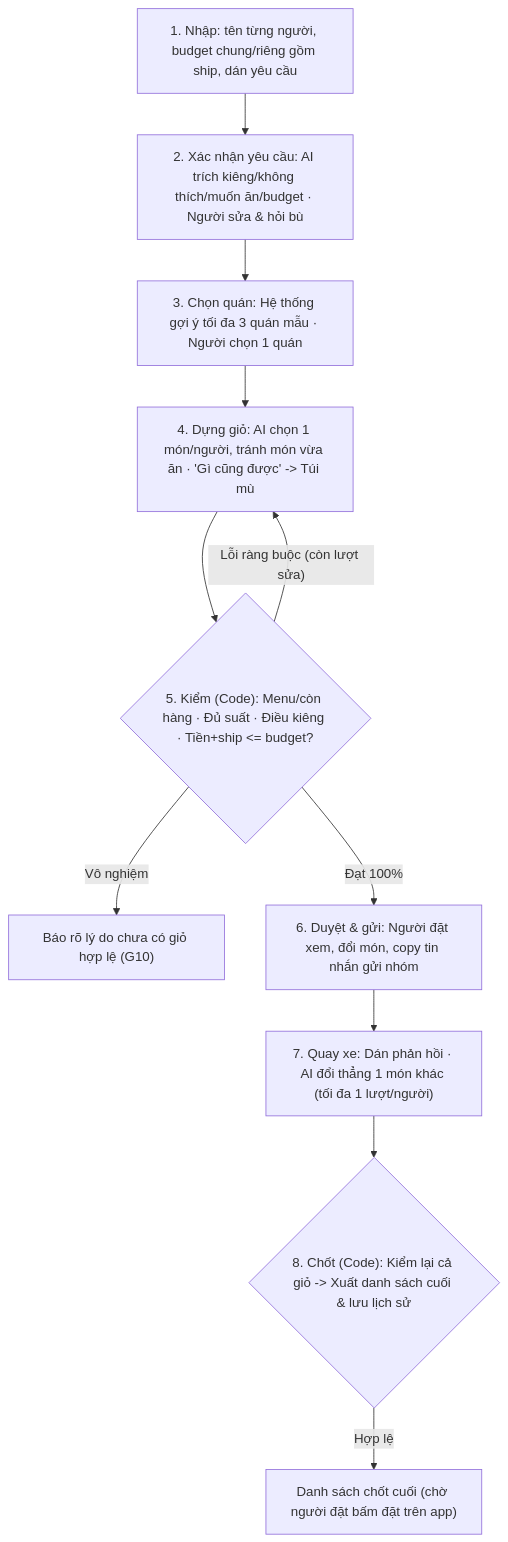
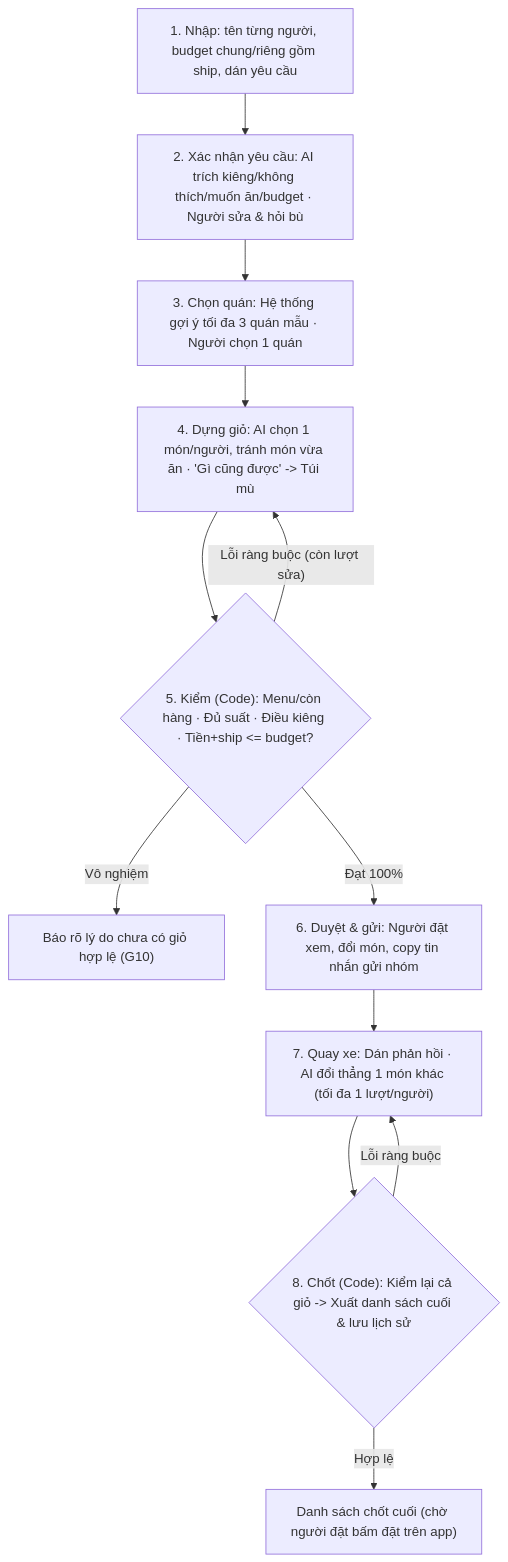
Before and after one commit to TDM414/K5-Day15-L3B-Opus: the diagram in spec.md, drawn with Mermaid. The commit also changed other lines of this file and 1 other file, not shown here.

````diff
--- a/spec.md
+++ b/spec.md
@@ -54,13 +54,14 @@
 ```mermaid
 flowchart TD
     S1["1. Nhập: tên từng người, budget chung/riêng gồm ship, dán yêu cầu"] --> S2["2. Xác nhận yêu cầu: AI trích kiêng/không thích/muốn ăn/budget · Người sửa & hỏi bù"]
     S2 --> S3["3. Chọn quán: Hệ thống gợi ý tối đa 3 quán mẫu · Người chọn 1 quán"]
     S3 --> S4["4. Dựng giỏ: AI chọn 1 món/người, tránh món vừa ăn · 'Gì cũng được' -> Túi mù"]
     S4 --> S5{"5. Kiểm (Code): Menu/còn hàng · Đủ suất · Điều kiêng · Tiền+ship <= budget?"}
     S5 -- "Lỗi ràng buộc (còn lượt sửa)" --> S4
     S5 -- "Vô nghiệm" --> G10["Báo rõ lý do chưa có giỏ hợp lệ (G10)"]
     S5 -- "Đạt 100%" --> S6["6. Duyệt & gửi: Người đặt xem, đổi món, copy tin nhắn gửi nhóm"]
     S6 --> S7["7. Quay xe: Dán phản hồi · AI đổi thẳng 1 món khác (tối đa 1 lượt/người)"]
     S7 --> S8{"8. Chốt (Code): Kiểm lại cả giỏ -> Xuất danh sách cuối & lưu lịch sử"}
+    S8 -- "Lỗi ràng buộc" --> S7
     S8 -- "Hợp lệ" --> DONE["Danh sách chốt cuối (chờ người đặt bấm đặt trên app)"]
 ```
````
